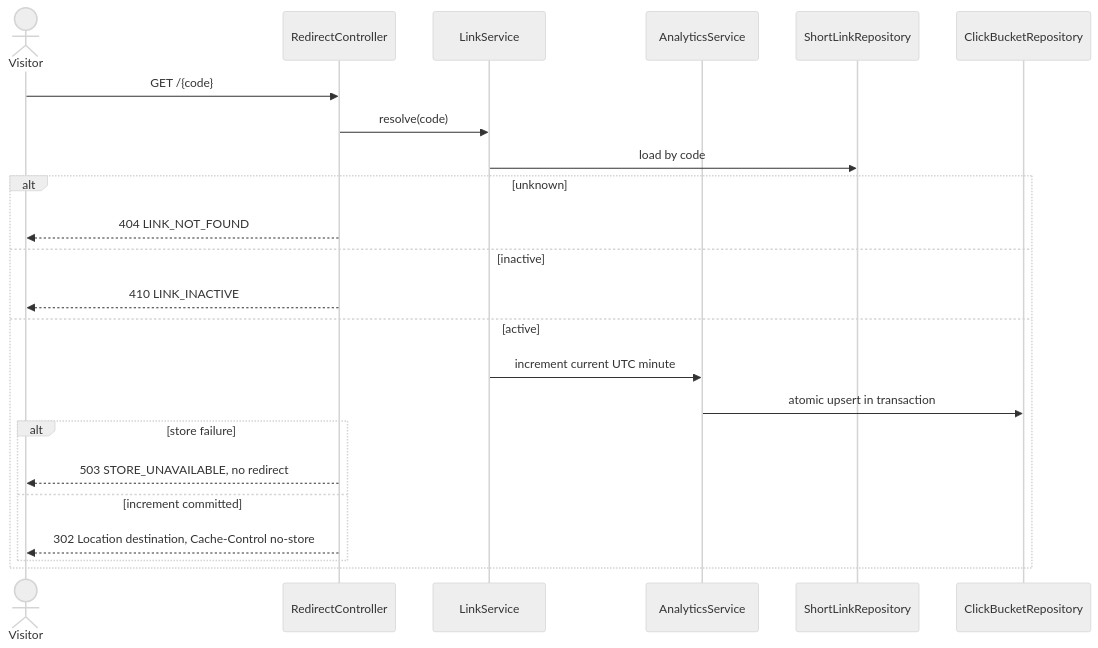
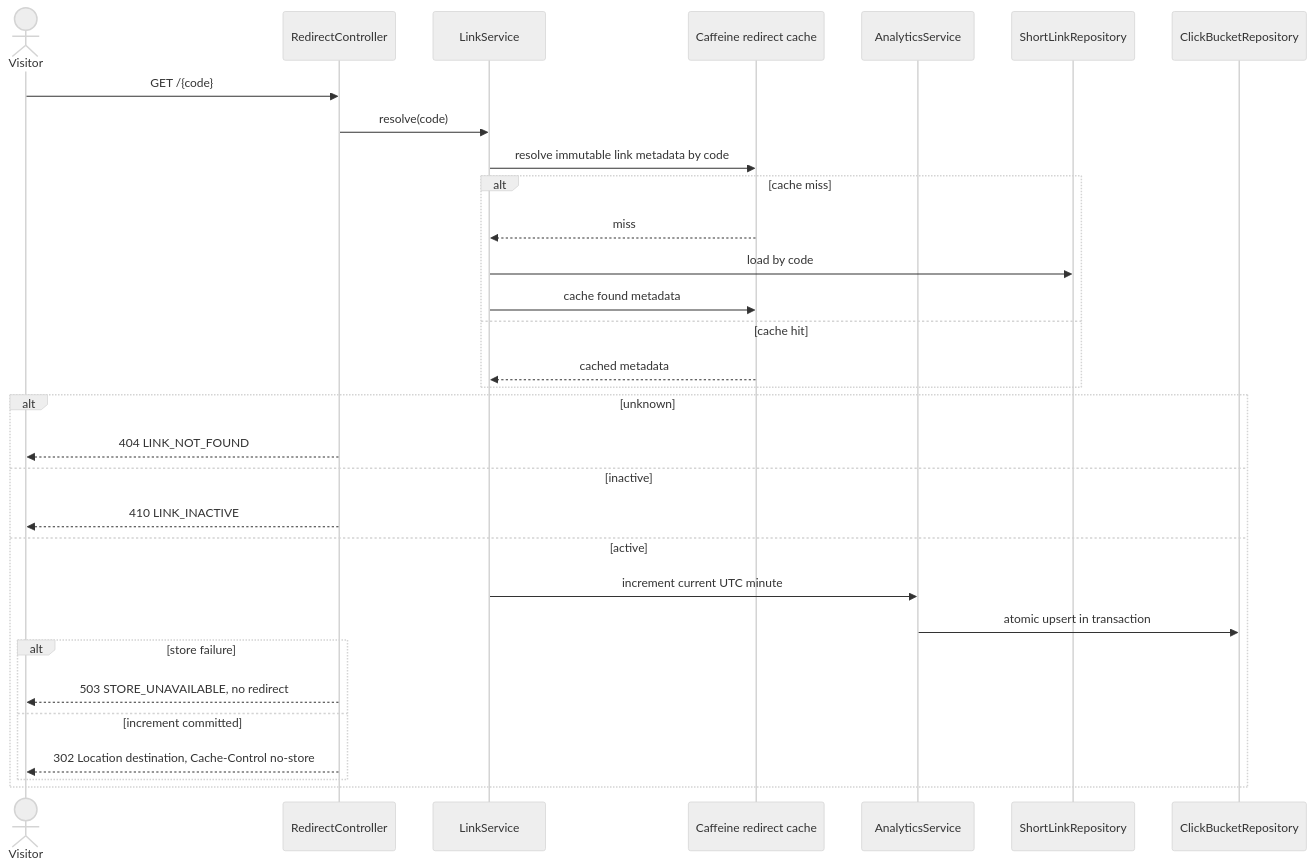
Before and after one commit to abhjit603/url-shortener-schwab-test: the fourth of 6 diagrams in .workitems/FEATURE001/EPIC001/solution-arch.md, drawn with Mermaid (neutral theme). The commit also changed other lines of this file and 21 other files, not shown here.

Commit message:
feat(url-shortener): Add bounded redirect metadata cache

````diff
--- a/.workitems/FEATURE001/EPIC001/solution-arch.md
+++ b/.workitems/FEATURE001/EPIC001/solution-arch.md
@@ -224,26 +233,34 @@
 ```mermaid
 sequenceDiagram
   actor Visitor
   participant RedirectController
   participant LinkService
+  participant RedirectCache as Caffeine redirect cache
   participant AnalyticsService
   participant ShortLinkRepository
   participant ClickBucketRepository
 
   Visitor->>RedirectController: GET /{code}
   RedirectController->>LinkService: resolve(code)
-  LinkService->>ShortLinkRepository: load by code
+  LinkService->>RedirectCache: resolve immutable link metadata by code
+  alt cache miss
+    RedirectCache-->>LinkService: miss
+    LinkService->>ShortLinkRepository: load by code
+    LinkService->>RedirectCache: cache found metadata
+  else cache hit
+    RedirectCache-->>LinkService: cached metadata
+  end
   alt unknown
     RedirectController-->>Visitor: 404 LINK_NOT_FOUND
   else inactive
     RedirectController-->>Visitor: 410 LINK_INACTIVE
   else active
     LinkService->>AnalyticsService: increment current UTC minute
     AnalyticsService->>ClickBucketRepository: atomic upsert in transaction
     alt store failure
       RedirectController-->>Visitor: 503 STORE_UNAVAILABLE, no redirect
     else increment committed
       RedirectController-->>Visitor: 302 Location destination, Cache-Control no-store
     end
   end
 ```
````
